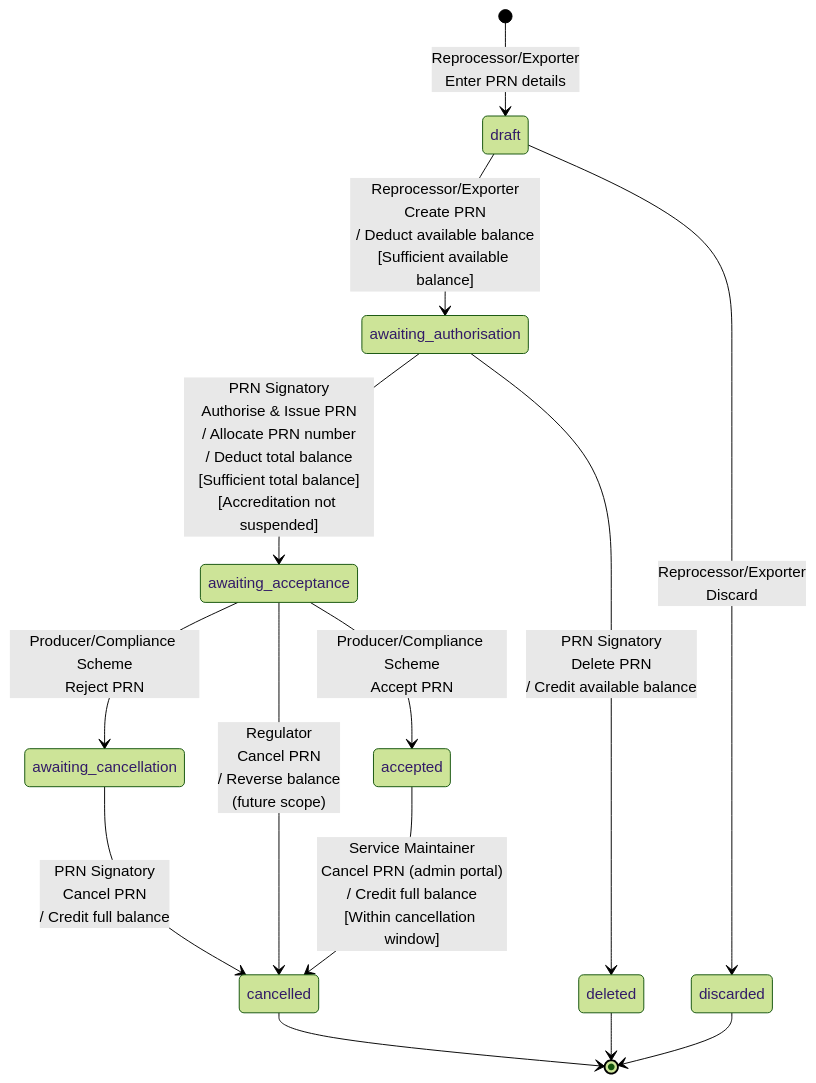
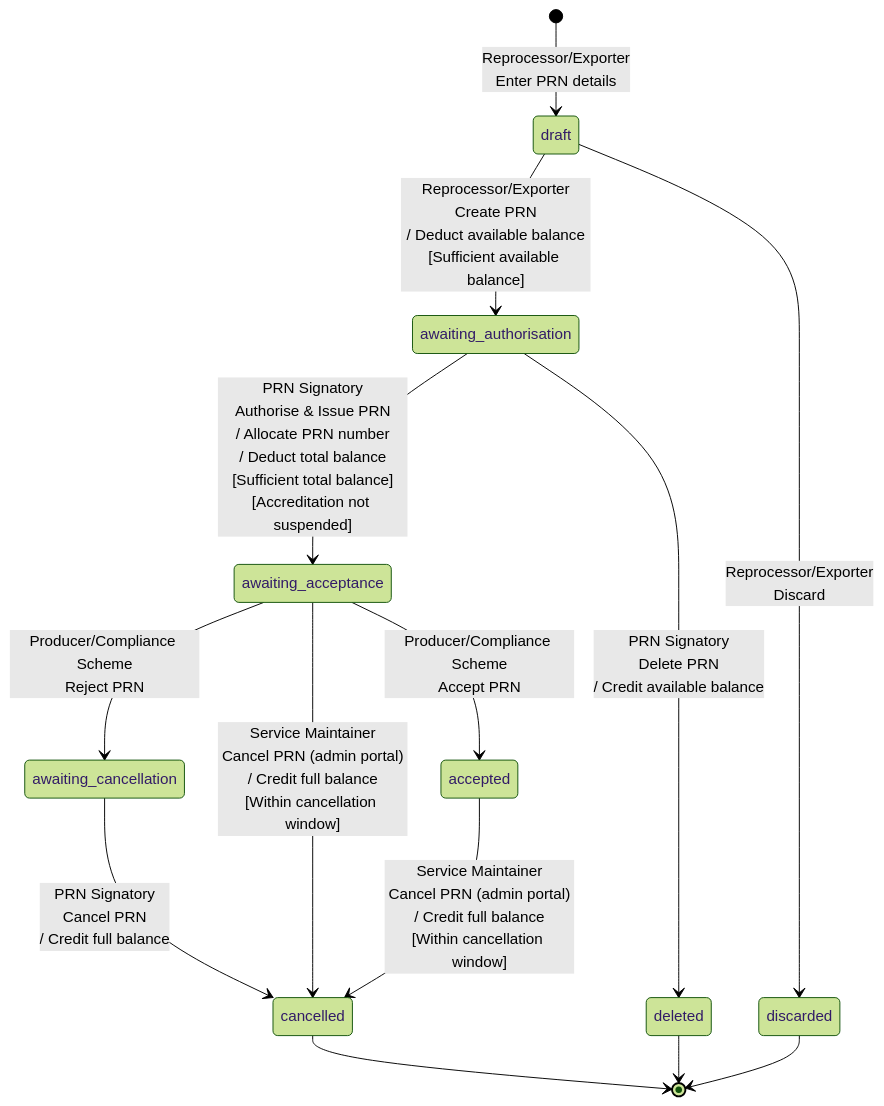
One commit to DEFRA/epr-re-ex-service changed the diagram in docs/architecture/defined/prn-state-transitions.md. Above: the diagram before and after it, drawn with Mermaid (forest theme). The commit also changed other lines of this file, not shown here.

First line of the commit message:
PAE-1859: Document admin cancellation of awaiting-acceptance PRNs/PERNs

````diff
--- a/docs/architecture/defined/prn-state-transitions.md
+++ b/docs/architecture/defined/prn-state-transitions.md
@@ -53,22 +52,22 @@
 ```mermaid
 stateDiagram-v2
     [*] --> draft: Reprocessor/Exporter<br/>Enter PRN details
 
     draft --> awaiting_authorisation: Reprocessor/Exporter<br/>Create PRN<br/>/ Deduct available balance<br/>[Sufficient available balance]
     draft --> discarded: Reprocessor/Exporter<br/>Discard
 
     awaiting_authorisation --> awaiting_acceptance: PRN Signatory<br/>Authorise & Issue PRN<br/>/ Allocate PRN number<br/>/ Deduct total balance<br/>[Sufficient total balance]<br/>[Accreditation not suspended]
     awaiting_authorisation --> deleted: PRN Signatory<br/>Delete PRN<br/>/ Credit available balance
 
     awaiting_acceptance --> accepted: Producer/Compliance Scheme<br/>Accept PRN
     awaiting_acceptance --> awaiting_cancellation: Producer/Compliance Scheme<br/>Reject PRN
 
     awaiting_cancellation --> cancelled: PRN Signatory<br/>Cancel PRN<br/>/ Credit full balance
 
-    awaiting_acceptance --> cancelled: Regulator<br/>Cancel PRN<br/>/ Reverse balance<br/>(future scope)
+    awaiting_acceptance --> cancelled: Service Maintainer<br/>Cancel PRN (admin portal)<br/>/ Credit full balance<br/>[Within cancellation window]
     accepted --> cancelled: Service Maintainer<br/>Cancel PRN (admin portal)<br/>/ Credit full balance<br/>[Within cancellation window]
 
     cancelled --> [*]
     deleted --> [*]
     discarded --> [*]
 ```
````
